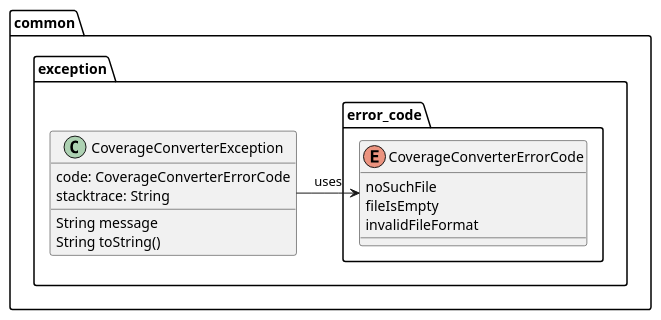
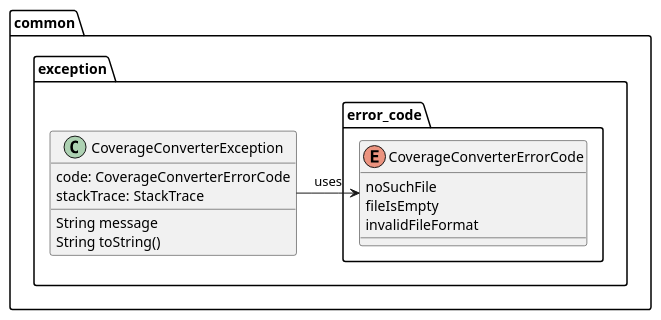
Before and after one commit to Flank/flank-dashboard: the diagram in metrics/coverage_converter/docs/diagrams/converter_exception_class_diagram.puml, drawn with PlantUML. The commit also changed 1 other file, not shown here.

```diff
--- a/metrics/coverage_converter/docs/diagrams/converter_exception_class_diagram.puml
+++ b/metrics/coverage_converter/docs/diagrams/converter_exception_class_diagram.puml
@@ -1,26 +1,26 @@
 @startuml converter_exception_class_diagram
 
 
 package common.exception {
     class CoverageConverterException{
         code: CoverageConverterErrorCode
-        stacktrace: String
+        stackTrace: StackTrace
         {method} String message
         String toString()
     }
 
 
     package error_code {
         enum CoverageConverterErrorCode {
             noSuchFile
             fileIsEmpty
             invalidFileFormat
         }
     }
 
 }
 
 
 CoverageConverterException -> CoverageConverterErrorCode : uses
 
 @enduml
```
